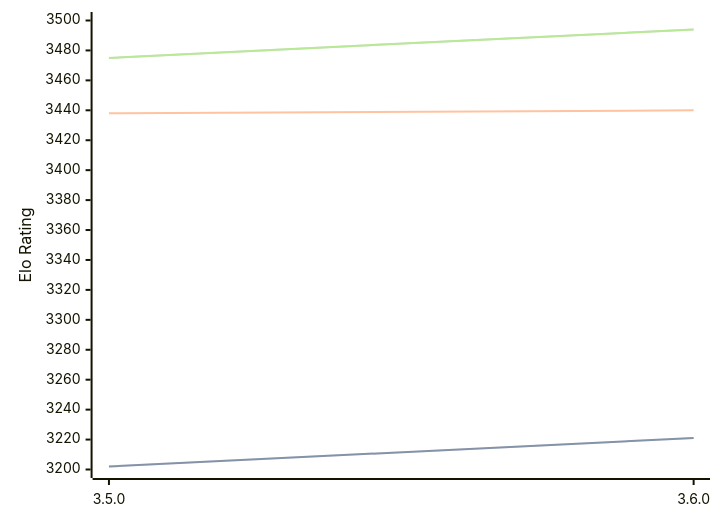
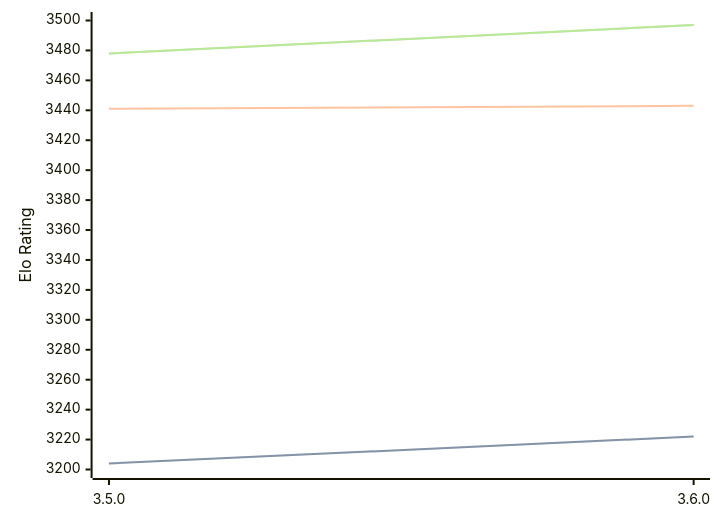
The diagram in engines/Igel.md (computer-chess-index/cci), drawn with Mermaid before and after one commit. The commit also changed other lines of this file, not shown here.

Commit message:
Update CCI Ratings (ELO VLTC) - 2026-02-20

````diff
--- a/engines/Igel.md
+++ b/engines/Igel.md
@@ -65,11 +65,11 @@
 ```mermaid
 %%{init: {"theme":"base","themeVariables":{"seriesColors:['#a3a3a3','#222221','#faa371']}}}%%
 xychart-beta
   x-axis ["3.5.0", "3.6.0"]
   y-axis "Elo Rating" 3200 --> 3500
-  line "STC (8.0+0.08s)" [3202, 3221]
-  line "STC (8.0+0.08s)" [3202, 3221]
-  line "LTC (60.0+0.60s)" [3438, 3440]
-  line "VLTC (2m24s+1.12s)" [3475, 3494]
-  line "VLTC (2m24s+1.12s)" [3475, 3494]
+  line "STC (8.0+0.08s)" [3204, 3222]
+  line "STC (8.0+0.08s)" [3204, 3222]
+  line "LTC (60.0+0.60s)" [3441, 3443]
+  line "VLTC (2m24s+1.12s)" [3478, 3497]
+  line "VLTC (2m24s+1.12s)" [3478, 3497]
 ```
````
